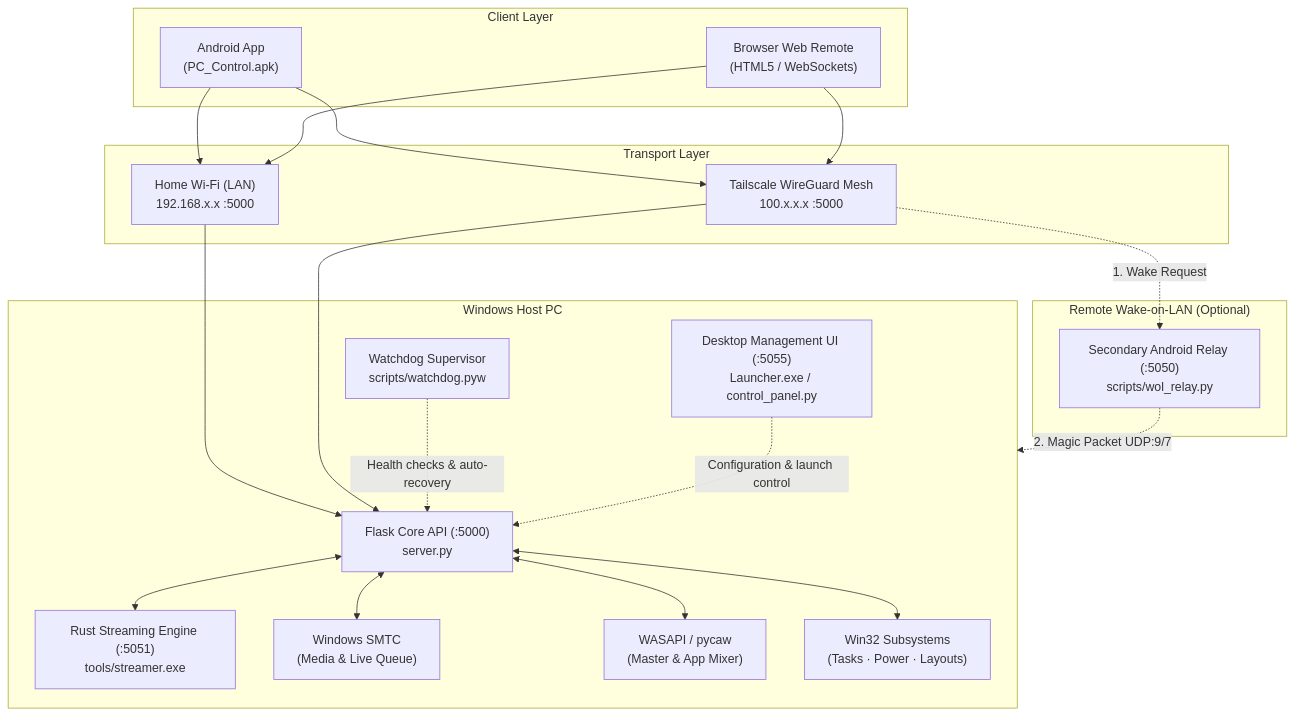
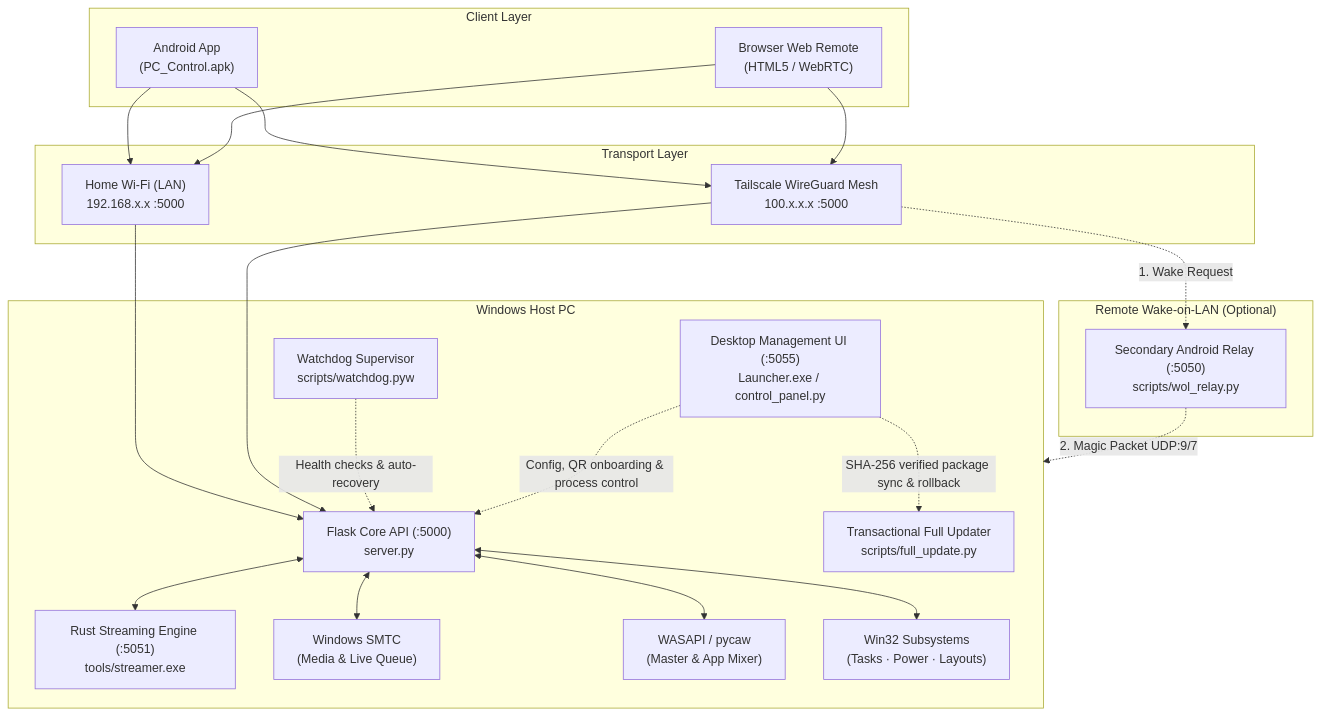
Before and after one commit to lavi-666/pc-control: the diagram in README.md, drawn with Mermaid. The commit also changed other lines of this file and 1 other file, not shown here.

Commit message:
docs(readme): synchronize English and Russian READMEs with current architecture, API routes, and launcher features

````diff
--- a/README.md
+++ b/README.md
@@ -77,46 +77,48 @@
 ```mermaid
 flowchart TD
     subgraph Clients["Client Layer"]
         APK["Android App<br/>(PC_Control.apk)"]
-        WEB["Browser Web Remote<br/>(HTML5 / WebSockets)"]
+        WEB["Browser Web Remote<br/>(HTML5 / WebRTC)"]
     end
 
     subgraph Network["Transport Layer"]
         LAN["Home Wi-Fi (LAN)<br/>192.168.x.x :5000"]
         TS["Tailscale WireGuard Mesh<br/>100.x.x.x :5000"]
     end
 
     subgraph Host["Windows Host PC"]
         API["Flask Core API (:5000)<br/>server.py"]
         STREAM["Rust Streaming Engine (:5051)<br/>tools/streamer.exe"]
         WATCHDOG["Watchdog Supervisor<br/>scripts/watchdog.pyw"]
         LAUNCHER["Desktop Management UI (:5055)<br/>Launcher.exe / control_panel.py"]
+        UPDATER["Transactional Full Updater<br/>scripts/full_update.py"]
         
         SMTC["Windows SMTC<br/>(Media & Live Queue)"]
         WASAPI["WASAPI / pycaw<br/>(Master & App Mixer)"]
         WIN32["Win32 Subsystems<br/>(Tasks · Power · Layouts)"]
     end
 
     subgraph RemoteWOL["Remote Wake-on-LAN (Optional)"]
         RELAY["Secondary Android Relay (:5050)<br/>scripts/wol_relay.py"]
     end
 
     APK --> LAN
     APK --> TS
     WEB --> LAN
     WEB --> TS
 
     LAN --> API
     TS --> API
 
     API <--> STREAM
     API <--> SMTC
     API <--> WASAPI
     API <--> WIN32
 
     WATCHDOG -.->|Health checks & auto-recovery| API
-    LAUNCHER -.->|Configuration & launch control| API
+    LAUNCHER -.->|Config, QR onboarding & process control| API
+    LAUNCHER -.->|SHA-256 verified package sync & rollback| UPDATER
 
     TS -.->|1. Wake Request| RELAY
     RELAY -.->|2. Magic Packet UDP:9/7| Host
 ```
````
